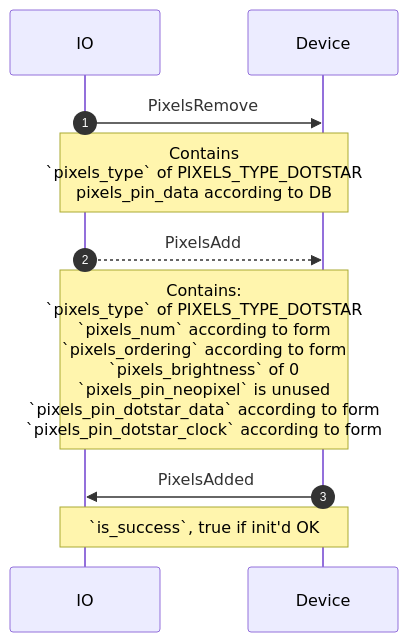
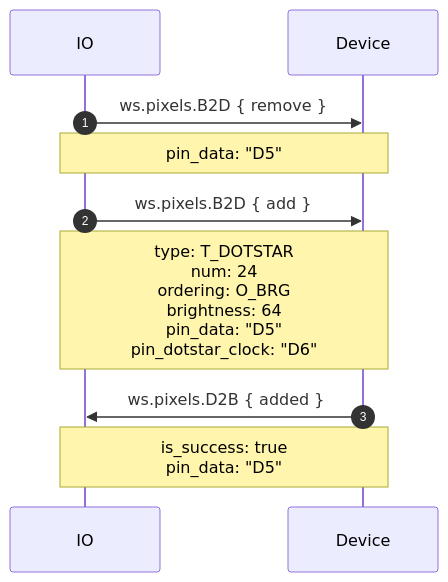
The eighth of 10 diagrams in proto/wippersnapper/docs/pixels.md (adafruit/Wippersnapper_Protobuf), drawn with Mermaid before and after one commit. The commit also changed other lines of this file and 10 other files, not shown here.

````diff
--- a/proto/wippersnapper/docs/pixels.md
+++ b/proto/wippersnapper/docs/pixels.md
@@ -90,10 +151,12 @@
 ```mermaid
 sequenceDiagram
 autonumber
-IO->>Device: PixelsRemove
-Note over IO, Device: Contains<br> `pixels_type` of PIXELS_TYPE_DOTSTAR<br>pixels_pin_data according to DB
-IO-->>Device: PixelsAdd
-Note over IO, Device: Contains:<br> `pixels_type` of PIXELS_TYPE_DOTSTAR<br>`pixels_num` according to form<br>`pixels_ordering` according to form<br> `pixels_brightness` of 0<br>`pixels_pin_neopixel` is unused<br> `pixels_pin_dotstar_data` according to form<br>`pixels_pin_dotstar_clock` according to form
-Device->>IO: PixelsAdded
-Note over Device,IO: `is_success`, true if init'd OK
+IO->>Device: ws.pixels.B2D { remove }
+Note over IO, Device: pin_data: "D5"
+
+IO->>Device: ws.pixels.B2D { add }
+Note over IO, Device: type: T_DOTSTAR<br/>num: 24<br/>ordering: O_BRG<br/>brightness: 64<br/>pin_data: "D5"<br/>pin_dotstar_clock: "D6"
+
+Device->>IO: ws.pixels.D2B { added }
+Note over Device,IO: is_success: true<br/>pin_data: "D5"
 ```
````
